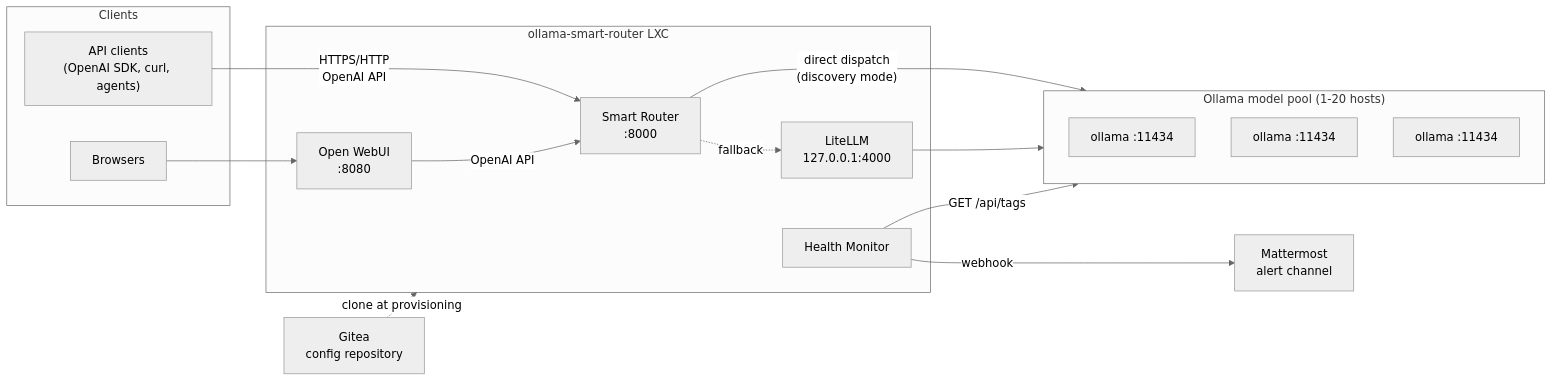
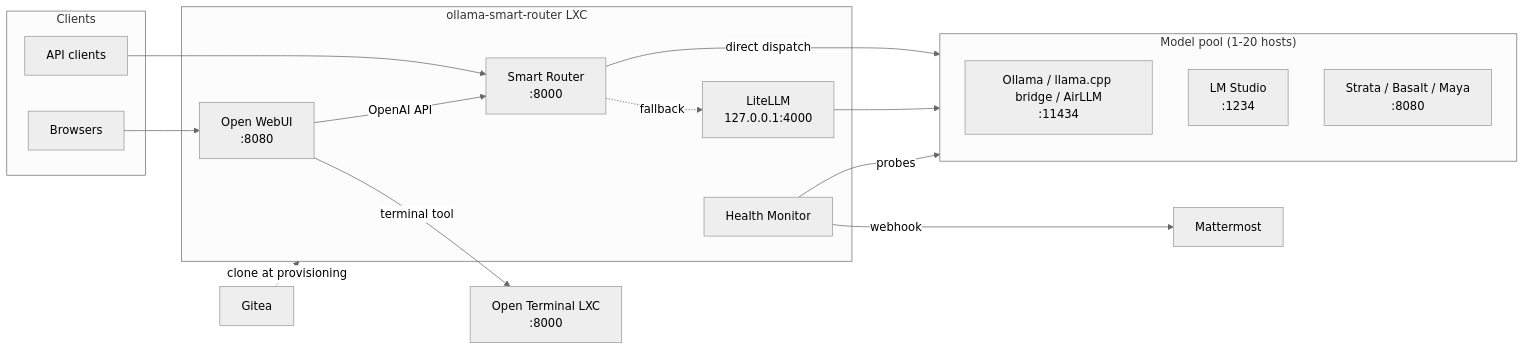
The first of 4 diagrams in ARCHITECTURE.md (wwarren/osr), drawn with Mermaid (neutral theme) before and after one commit. The commit also changed other lines of this file and 55 other files, not shown here.

````diff
--- a/ARCHITECTURE.md
+++ b/ARCHITECTURE.md
@@ -40,33 +43,32 @@
 ```mermaid
 flowchart LR
     subgraph clients[Clients]
-        api["API clients<br/>(OpenAI SDK, curl, agents)"]
+        api["API clients"]
         browser["Browsers"]
     end
-
     subgraph ct["ollama-smart-router LXC"]
         router["Smart Router<br/>:8000"]
         webui["Open WebUI<br/>:8080"]
         litellm["LiteLLM<br/>127.0.0.1:4000"]
         monitor["Health Monitor"]
     end
+    subgraph pool["Model pool (1-20 hosts)"]
+        o1["Ollama / llama.cpp bridge / AirLLM<br/>:11434"]
+        o2["LM Studio<br/>:1234"]
+        o3["Strata / Basalt / Maya<br/>:8080"]
+    end
+    term["Open Terminal LXC<br/>:8000"]
+    gitea["Gitea"]
+    mm["Mattermost"]
 
-    subgraph pool["Ollama model pool (1-20 hosts)"]
-        o1["ollama :11434"]
-        o2["ollama :11434"]
-        oN["ollama :11434"]
-    end
-
-    gitea["Gitea<br/>config repository"]
-    mm["Mattermost<br/>alert channel"]
-
-    api -->|"HTTPS/HTTP<br/>OpenAI API"| router
+    api --> router
     browser --> webui
     webui -->|OpenAI API| router
-    router -->|"direct dispatch<br/>(discovery mode)"| pool
-    router -.->|"fallback"| litellm
+    webui -->|terminal tool| term
+    router -->|direct dispatch| pool
+    router -.->|fallback| litellm
     litellm --> pool
-    monitor -->|"GET /api/tags"| pool
-    monitor -->|"webhook"| mm
-    gitea -.->|"clone at provisioning"| ct
+    monitor -->|probes| pool
+    monitor -->|webhook| mm
+    gitea -.->|clone at provisioning| ct
 ```
````
